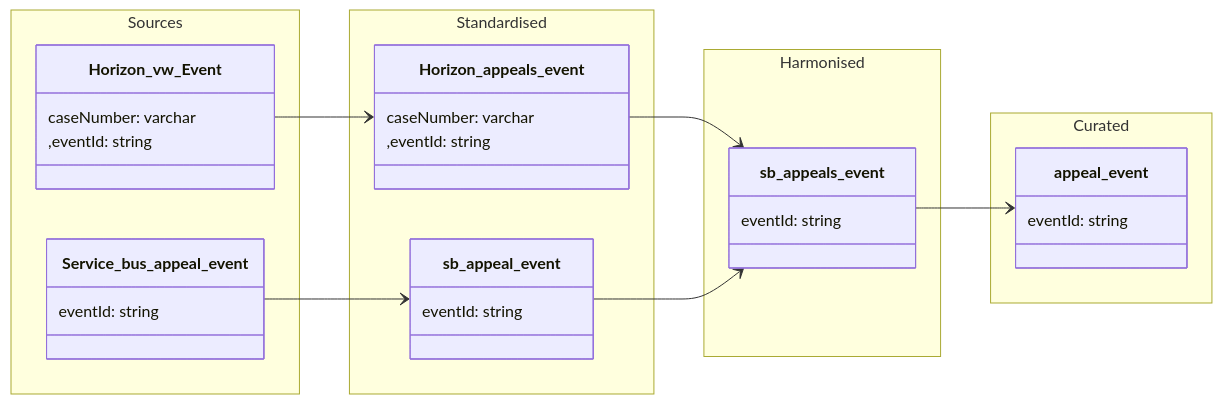
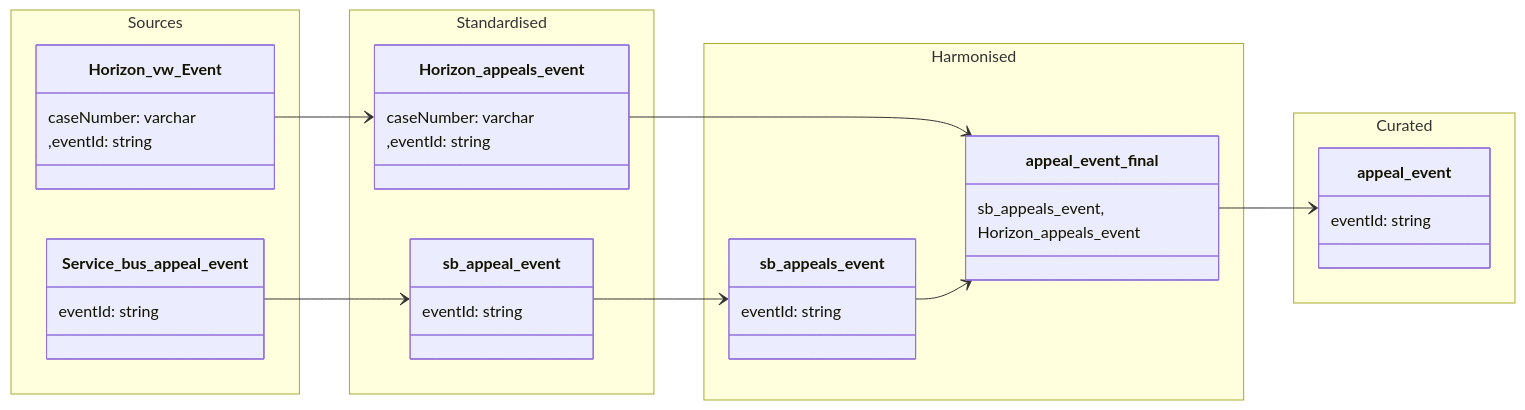
Before and after one commit to Planning-Inspectorate/odw-synapse-workspace: the diagram in data-models/appeal-event.md, drawn with Mermaid.

Commit message:
created appeal_event_final for harmonised (#1577)

````diff
--- a/data-models/appeal-event.md
+++ b/data-models/appeal-event.md
@@ -7,55 +7,61 @@
 ```mermaid
 
 classDiagram
 
     direction LR
 
     namespace Sources {
 
         class Horizon_vw_Event {
             caseNumber: varchar
             ,eventId: string
         }
 
         class Service_bus_appeal_event  {
             eventId: string
         }
     }
 
     namespace Standardised {
 
         class Horizon_appeals_event {
             caseNumber: varchar
             ,eventId: string
         }
 
         class sb_appeal_event  {
             eventId: string
         }
     }
 
     namespace Harmonised {
 
         class sb_appeals_event  {
             eventId: string
         }
+        
+        class appeal_event_final  {
+            sb_appeals_event,
+            Horizon_appeals_event
+
+        }
     }
 
     namespace Curated {
 
-        class appeal_event {
+        class appeal_event{
             eventId: string
         }
     }
 
 `Horizon_vw_Event` --> `Horizon_appeals_event`
 `Service_bus_appeal_event` --> `sb_appeal_event`
 
-`Horizon_appeals_event` --> `sb_appeals_event` 
 `sb_appeal_event` --> `sb_appeals_event`
+`Horizon_appeals_event` --> `appeal_event_final` 
 
+`sb_appeals_event` --> `appeal_event_final`
 
-
-`sb_appeals_event` --> `appeal_event`
+`appeal_event_final` --> `appeal_event`
 
 ```
````
